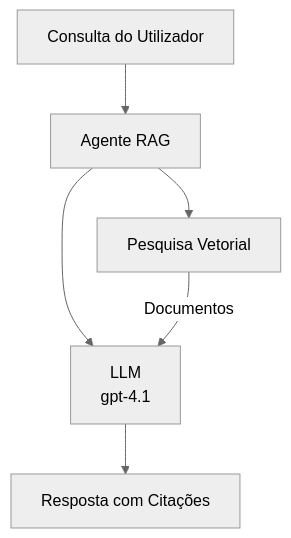
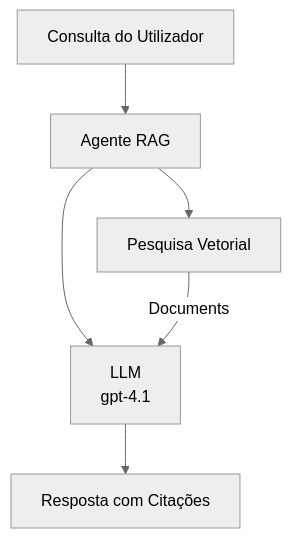
One commit to microsoft/AZD-for-beginners changed the second of 3 diagrams in translations/pt-PT/docs/chapter-02-ai-development/agents.md. Above: the diagram before and after it, drawn with Mermaid (neutral theme). The commit also changed other lines of this file and 59 other files, not shown here.

````diff
--- a/translations/pt-PT/docs/chapter-02-ai-development/agents.md
+++ b/translations/pt-PT/docs/chapter-02-ai-development/agents.md
@@ -181,8 +181,8 @@
 ```mermaid
 graph TD
     Query[Consulta do Utilizador] --> RAG[Agente RAG]
     RAG --> Vector[Pesquisa Vetorial]
     RAG --> LLM[LLM<br/>gpt-4.1]
-    Vector -- Documentos --> LLM
+    Vector -- Documents --> LLM
     LLM --> Response[Resposta com Citações]
 ```
````
